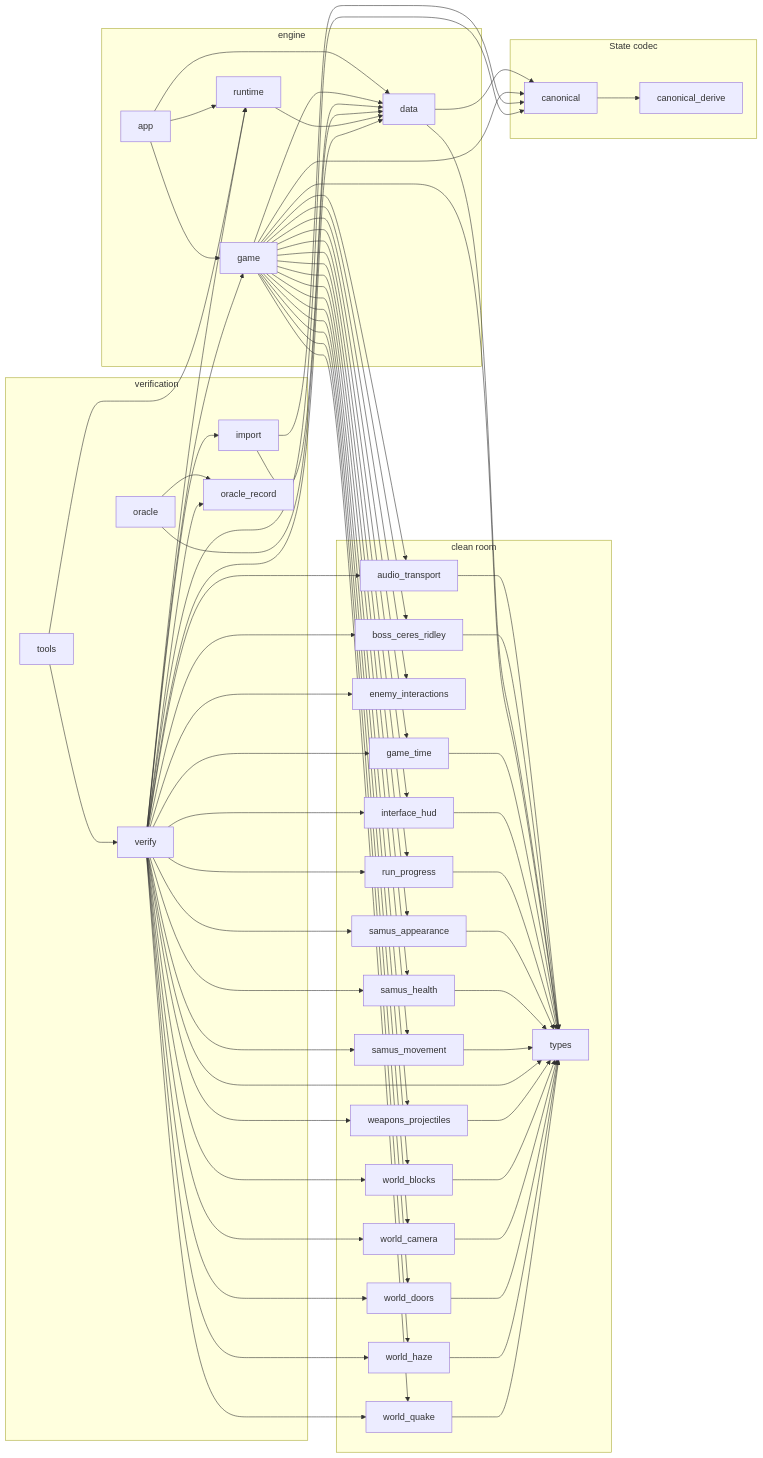
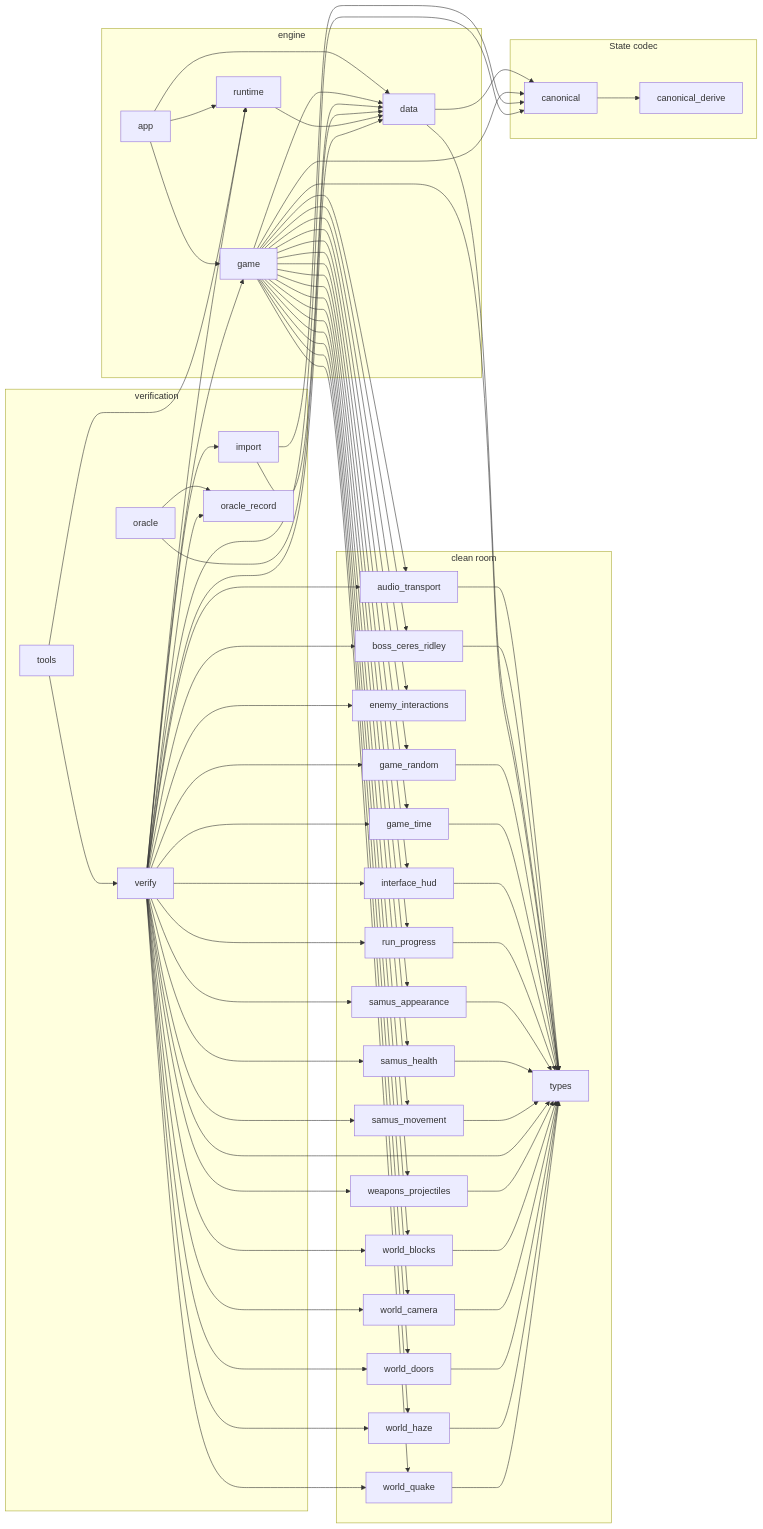
One commit to JimLundin/sm-decomp changed the second of 18 diagrams in docs/REPORT.md. Above: the diagram before and after it, drawn with Mermaid. The commit also changed other lines of this file and 45 other files, not shown here.

```diff
--- a/docs/REPORT.md
+++ b/docs/REPORT.md
@@ -838,6 +863,7 @@
     c_audio_transport["audio_transport"]
     c_boss_ceres_ridley["boss_ceres_ridley"]
     c_enemy_interactions["enemy_interactions"]
+    c_game_random["game_random"]
     c_game_time["game_time"]
     c_interface_hud["interface_hud"]
     c_run_progress["run_progress"]
@@ -876,6 +902,7 @@
   c_game --> c_canonical
   c_game --> c_data
   c_game --> c_enemy_interactions
+  c_game --> c_game_random
   c_game --> c_game_time
   c_game --> c_interface_hud
   c_game --> c_run_progress
@@ -889,6 +916,7 @@
   c_game --> c_world_doors
   c_game --> c_world_haze
   c_game --> c_world_quake
+  c_game_random --> c_types
   c_game_time --> c_types
   c_import --> c_canonical
   c_import --> c_data
@@ -908,6 +936,7 @@
   c_verify --> c_data
   c_verify --> c_enemy_interactions
   c_verify --> c_game
+  c_verify --> c_game_random
   c_verify --> c_game_time
   c_verify --> c_import
   c_verify --> c_interface_hud
```
